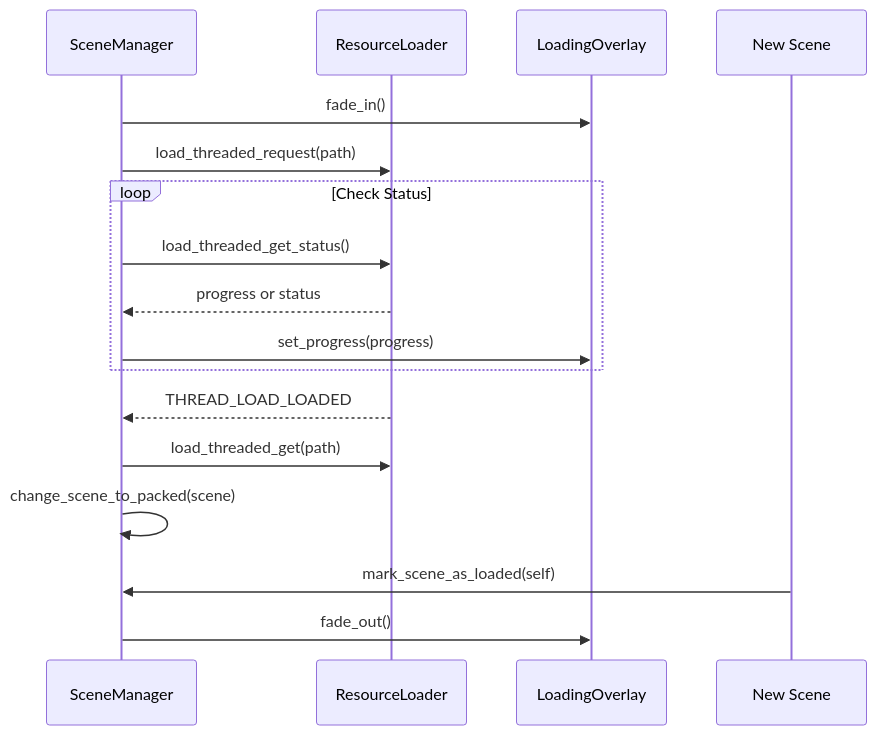
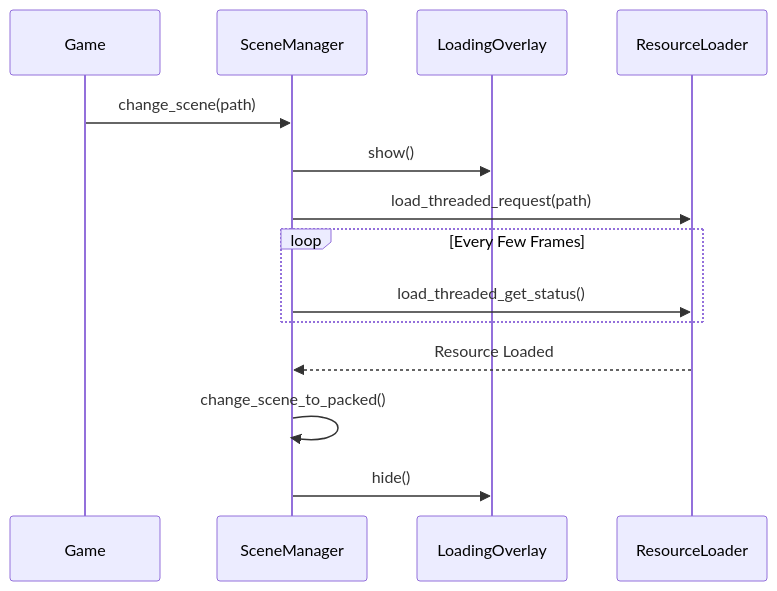
The diagram in scripts/core/README.md (RGonzalezTech/Friendslop-Template), drawn with Mermaid before and after one commit. The commit also changed other lines of this file and 7 other files, not shown here.

````diff
--- a/scripts/core/README.md
+++ b/scripts/core/README.md
@@ -23,20 +15,19 @@
 ```mermaid
 sequenceDiagram
-	participant SceneMgr as SceneManager
-	participant Loader as ResourceLoader
-	participant Overlay as LoadingOverlay
-	participant NewScene as New Scene
+    participant Game
+    participant SM as SceneManager
+    participant Overlay as LoadingOverlay
+    participant Loader as ResourceLoader
 
-	SceneMgr->>Overlay: fade_in()
-	SceneMgr->>Loader: load_threaded_request(path)
-	loop Check Status
-		SceneMgr->>Loader: load_threaded_get_status()
-		Loader-->>SceneMgr: progress or status
-		SceneMgr->>Overlay: set_progress(progress)
-	end
-	Loader-->>SceneMgr: THREAD_LOAD_LOADED
-	SceneMgr->>Loader: load_threaded_get(path)
-	SceneMgr->>SceneMgr: change_scene_to_packed(scene)
-	NewScene->>SceneMgr: mark_scene_as_loaded(self)
-	SceneMgr->>Overlay: fade_out()
+    Game->>SM: change_scene(path)
+    SM->>Overlay: show()
+    SM->>Loader: load_threaded_request(path)
+    
+    loop Every Few Frames
+        SM->>Loader: load_threaded_get_status()
+    end
+    
+    Loader-->>SM: Resource Loaded
+    SM->>SM: change_scene_to_packed()
+    SM->>Overlay: hide()
 ```
````
